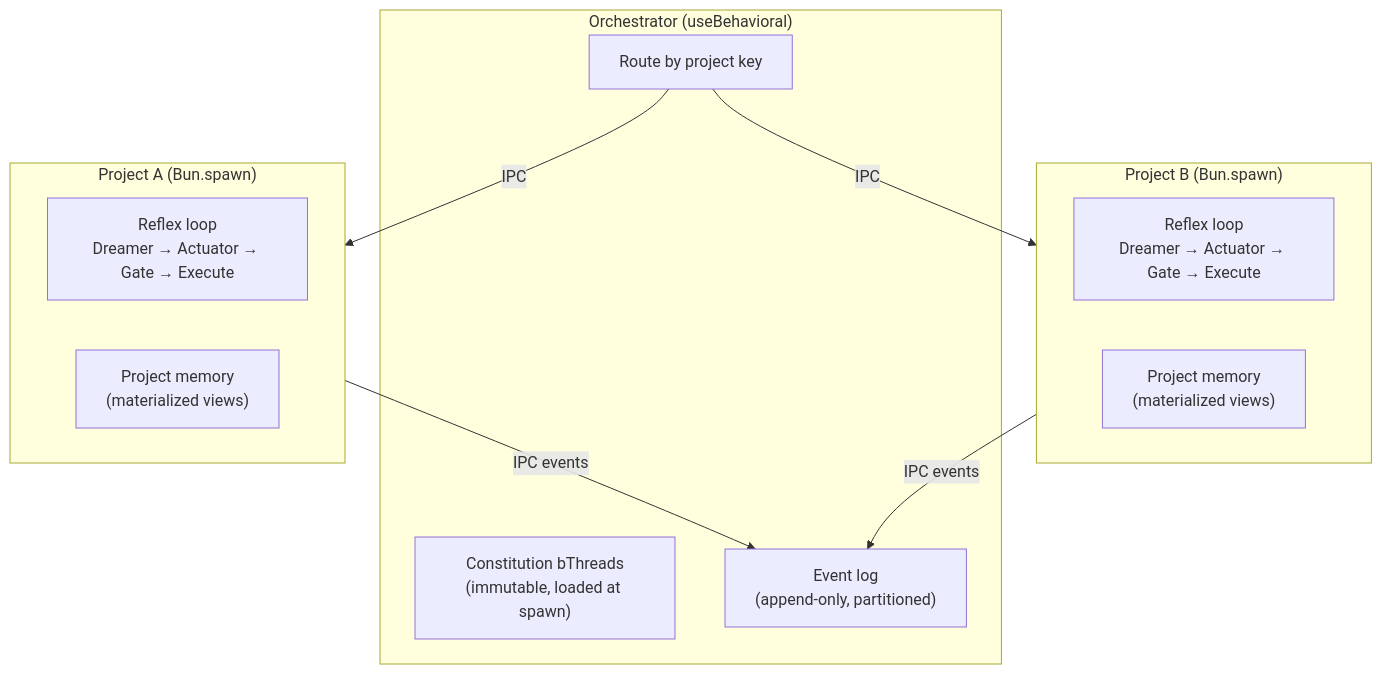
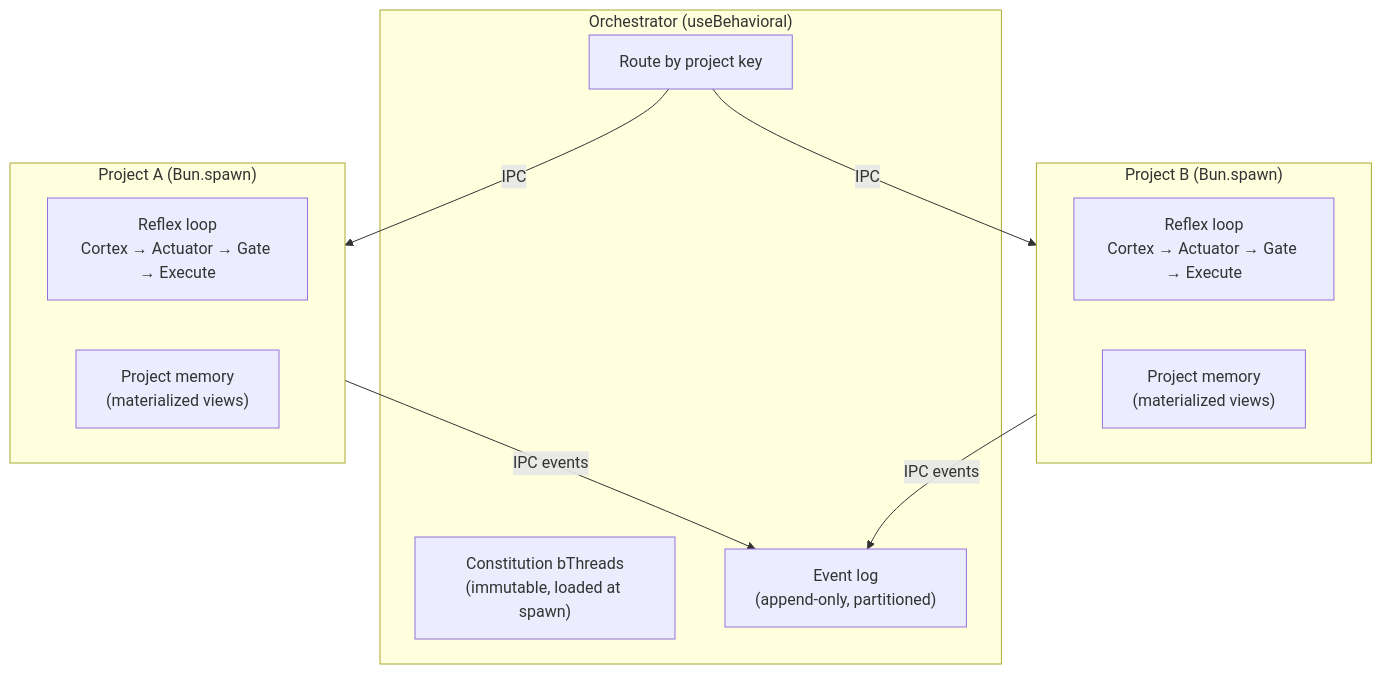
The second of 3 diagrams in docs/SYSTEM-DESIGN-V3.md (plaited/plaited), drawn with Mermaid before and after one commit. The commit also changed other lines of this file, not shown here.

First line of the commit message:
docs(agent): rename Dreamer to Cortex, drop world-model framing

````diff
--- a/docs/SYSTEM-DESIGN-V3.md
+++ b/docs/SYSTEM-DESIGN-V3.md
@@ -359,23 +359,23 @@
 ```mermaid
 graph TD
     subgraph Orchestrator["Orchestrator (useBehavioral)"]
         ROUTE["Route by project key"]
         CONST["Constitution bThreads<br/>(immutable, loaded at spawn)"]
         LOG["Event log<br/>(append-only, partitioned)"]
     end
 
     subgraph P1["Project A (Bun.spawn)"]
-        REF1["Reflex loop<br/>Dreamer → Actuator → Gate → Execute"]
+        REF1["Reflex loop<br/>Cortex → Actuator → Gate → Execute"]
         MEM1["Project memory<br/>(materialized views)"]
     end
 
     subgraph P2["Project B (Bun.spawn)"]
-        REF2["Reflex loop<br/>Dreamer → Actuator → Gate → Execute"]
+        REF2["Reflex loop<br/>Cortex → Actuator → Gate → Execute"]
         MEM2["Project memory<br/>(materialized views)"]
     end
 
     ROUTE -->|IPC| P1
     ROUTE -->|IPC| P2
     P1 -->|IPC events| LOG
     P2 -->|IPC events| LOG
 ```
````
